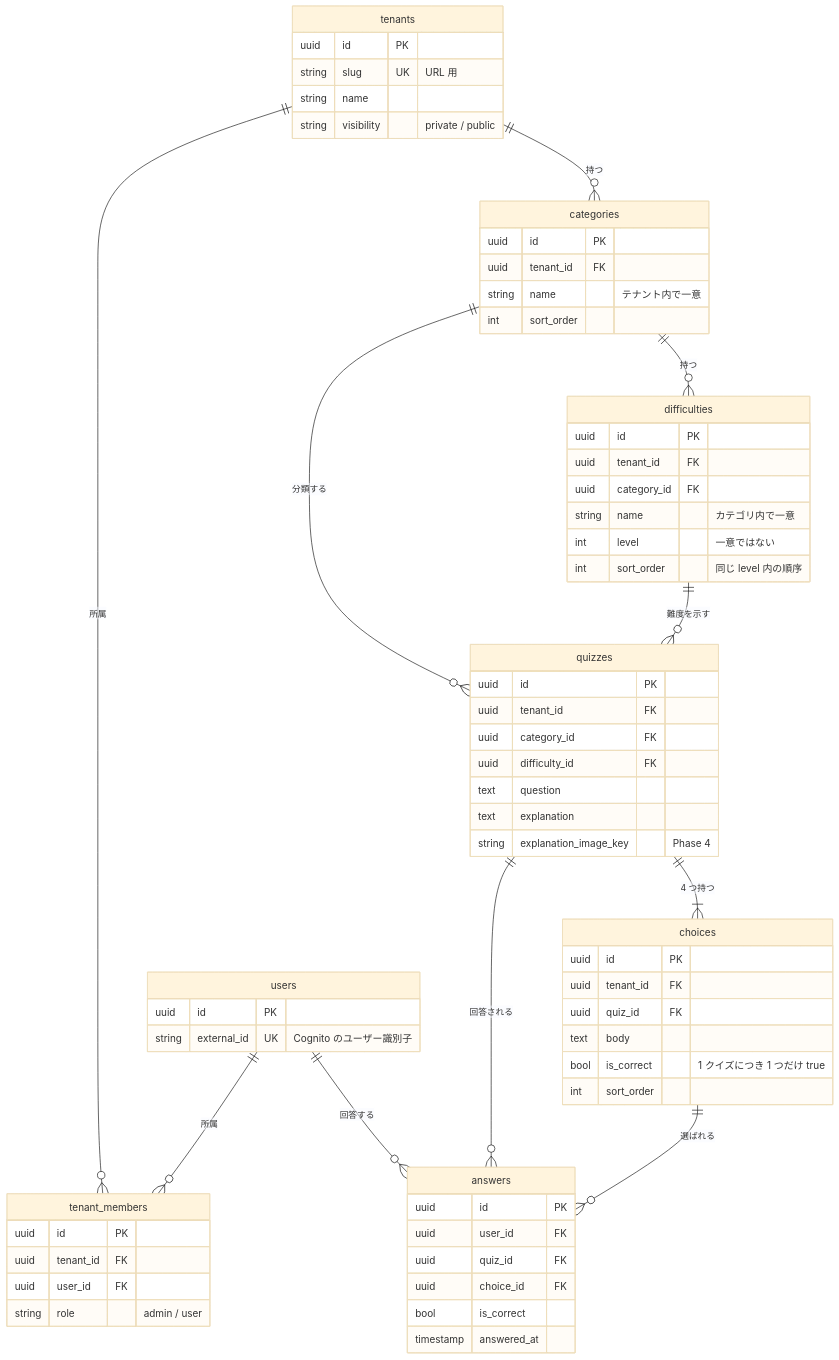
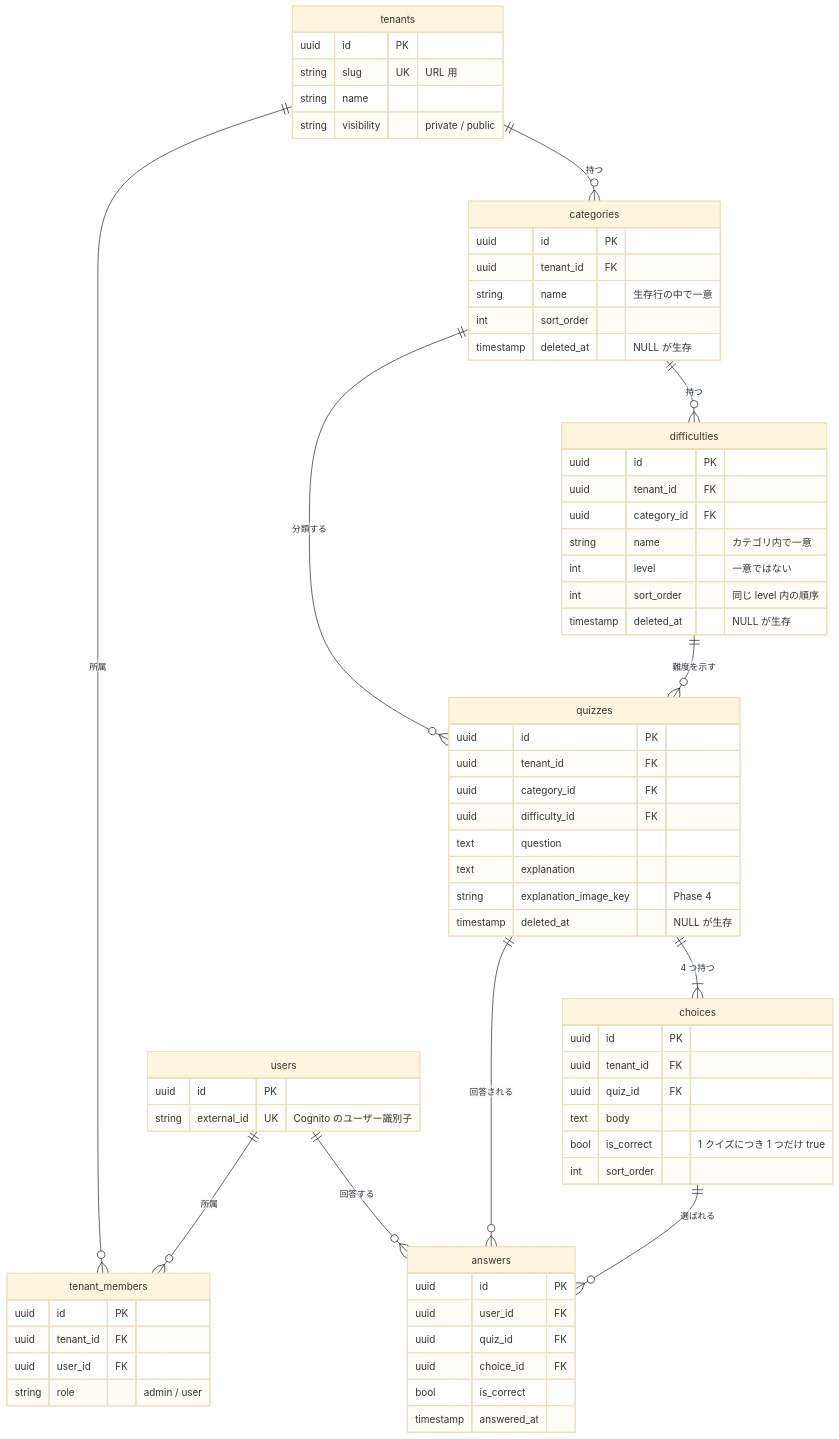
The diagram in docs/domain-model.md (fujitamasayoshi0402/quiz-app), drawn with Mermaid (base theme) before and after one commit. The commit also changed other lines of this file and 4 other files, not shown here.

````diff
--- a/docs/domain-model.md
+++ b/docs/domain-model.md
@@ -176,69 +188,72 @@
 ```mermaid
 erDiagram
     tenants ||--o{ tenant_members : "所属"
     users ||--o{ tenant_members : "所属"
     tenants ||--o{ categories : "持つ"
     categories ||--o{ difficulties : "持つ"
     categories ||--o{ quizzes : "分類する"
     difficulties ||--o{ quizzes : "難度を示す"
     quizzes ||--|{ choices : "4 つ持つ"
     users ||--o{ answers : "回答する"
     quizzes ||--o{ answers : "回答される"
     choices ||--o{ answers : "選ばれる"
 
     tenants {
         uuid id PK
         string slug UK "URL 用"
         string name
         string visibility "private / public"
     }
     tenant_members {
         uuid id PK
         uuid tenant_id FK
         uuid user_id FK
         string role "admin / user"
     }
     users {
         uuid id PK
         string external_id UK "Cognito のユーザー識別子"
     }
     categories {
         uuid id PK
         uuid tenant_id FK
-        string name "テナント内で一意"
+        string name "生存行の中で一意"
         int sort_order
+        timestamp deleted_at "NULL が生存"
     }
     difficulties {
         uuid id PK
         uuid tenant_id FK
         uuid category_id FK
         string name "カテゴリ内で一意"
         int level "一意ではない"
         int sort_order "同じ level 内の順序"
+        timestamp deleted_at "NULL が生存"
     }
     quizzes {
         uuid id PK
         uuid tenant_id FK
         uuid category_id FK
         uuid difficulty_id FK
         text question
         text explanation
         string explanation_image_key "Phase 4"
+        timestamp deleted_at "NULL が生存"
     }
     choices {
         uuid id PK
         uuid tenant_id FK
         uuid quiz_id FK
         text body
         bool is_correct "1 クイズにつき 1 つだけ true"
         int sort_order
     }
     answers {
         uuid id PK
         uuid user_id FK
         uuid quiz_id FK
         uuid choice_id FK
         bool is_correct
         timestamp answered_at
     }
 ```
````
